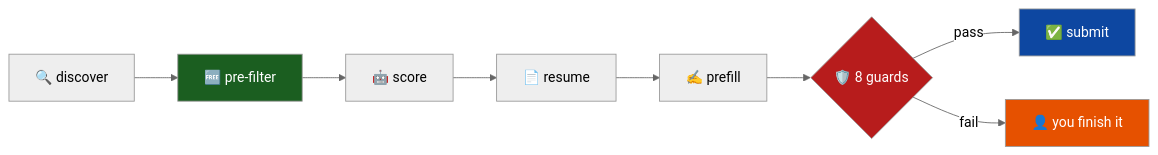
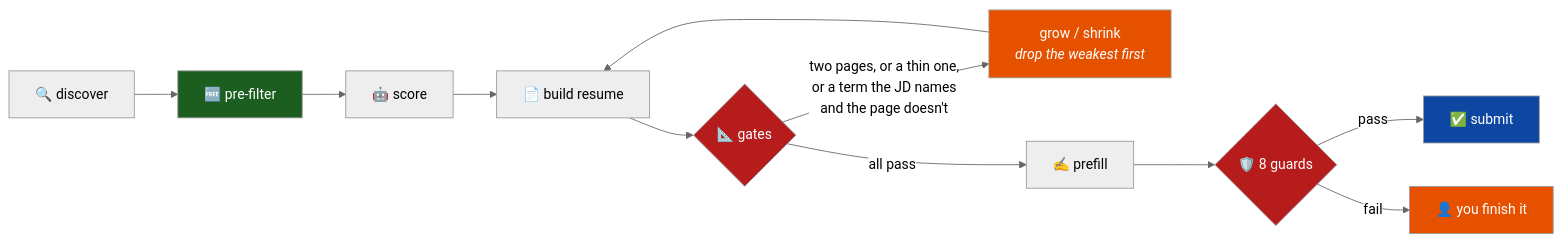
The first of 10 diagrams in README.md (Dileep2896/jobagent), drawn with Mermaid (neutral theme) before and after one commit. The commit also changed other lines of this file, not shown here.

````diff
--- a/README.md
+++ b/README.md
@@ -34,15 +34,20 @@
 ```mermaid
 flowchart LR
     A["🔍 discover"] --> B["🆓 pre-filter"]
     B --> C["🤖 score"]
-    C --> D["📄 resume"]
-    D --> E["✍️ prefill"]
+    C --> D["📄 build resume"]
+    D --> T{"📐 gates"}
+    T -->|"two pages, or a thin one,<br/>or a term the JD names<br/>and the page doesn't"| R["grow / shrink<br/><i>drop the weakest first</i>"]
+    R --> D
+    T -->|"all pass"| E["✍️ prefill"]
     E --> F{"🛡️ 8 guards"}
     F -->|pass| G["✅ submit"]
     F -->|fail| H["👤 you finish it"]
 
     style B fill:#1b5e20,color:#fff
+    style T fill:#b71c1c,color:#fff
+    style R fill:#e65100,color:#fff
     style F fill:#b71c1c,color:#fff
     style G fill:#0d47a1,color:#fff
     style H fill:#e65100,color:#fff
 ```
````
